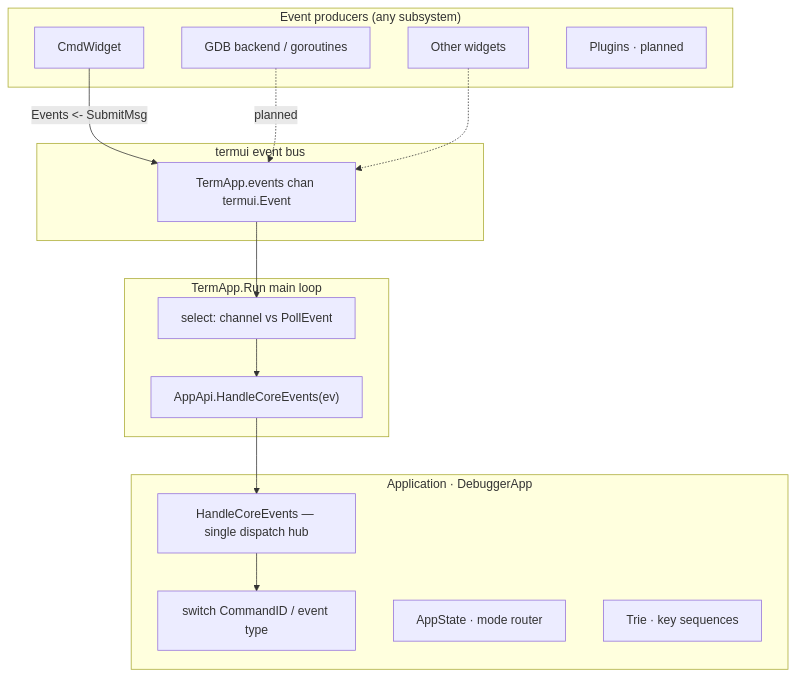
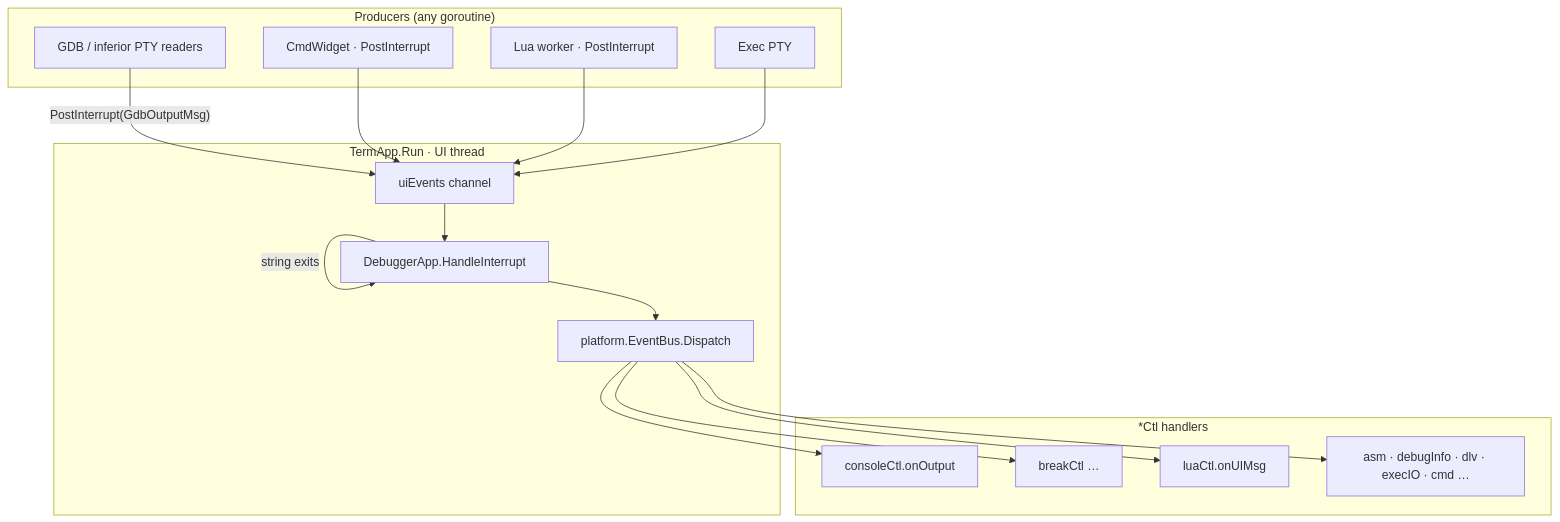
The eighth of 10 diagrams in docs/ARCHITECTURE.md (yairgd/gdbforge), drawn with Mermaid before and after one commit. The commit also changed other lines of this file and 34 other files, not shown here.

First line of the commit message:
Split DebuggerApp into LayoutShell and DebugSession.

````diff
--- a/docs/ARCHITECTURE.md
+++ b/docs/ARCHITECTURE.md
@@ -796,30 +888,34 @@
 ```mermaid
 flowchart TB
-    subgraph Producers["Event producers (any subsystem)"]
-        CmdW["CmdWidget"]
-        GDB["GDB backend / goroutines"]
-        Widgets["Other widgets"]
-        Future["Plugins · planned"]
+    subgraph Producers["Producers (any goroutine)"]
+        PTY["GDB / inferior PTY readers"]
+        CmdW["CmdWidget · PostInterrupt"]
+        Lua["Lua worker · PostInterrupt"]
+        Exec["Exec PTY"]
     end
 
-    subgraph Bus["termui event bus"]
-        Chan["TermApp.events chan termui.Event"]
+    subgraph Loop["TermApp.Run · UI thread"]
+        UI["uiEvents channel"]
+        HI["DebuggerApp.HandleInterrupt"]
+        Bus["platform.EventBus.Dispatch"]
     end
 
-    subgraph Loop["TermApp.Run main loop"]
-        Select["select: channel vs PollEvent"]
-        CoreDispatch["AppApi.HandleCoreEvents(ev)"]
+    subgraph Controllers["*Ctl handlers"]
+        Console["consoleCtl.onOutput"]
+        Breaks["breakCtl …"]
+        LuaCtl["luaCtl.onUIMsg"]
+        Other["asm · debugInfo · dlv · execIO · cmd …"]
     end
 
-    subgraph App["Application · DebuggerApp"]
-        Handler["HandleCoreEvents — single dispatch hub"]
-        CmdSwitch["switch CommandID / event type"]
-        Modes["AppState · mode router"]
-        TrieNode["Trie · key sequences"]
-    end
-
-    CmdW -->|"Events <- SubmitMsg"| Chan
-    GDB -.->|"planned"| Chan
-    Widgets -.-> Chan
-    Chan --> Select --> CoreDispatch --> Handler --> CmdSwitch
+    PTY -->|"PostInterrupt(GdbOutputMsg)"| UI
+    CmdW --> UI
+    Lua --> UI
+    Exec --> UI
+    UI --> HI
+    HI -->|"string exits"| HI
+    HI --> Bus
+    Bus --> Console
+    Bus --> Breaks
+    Bus --> LuaCtl
+    Bus --> Other
 ```
````
